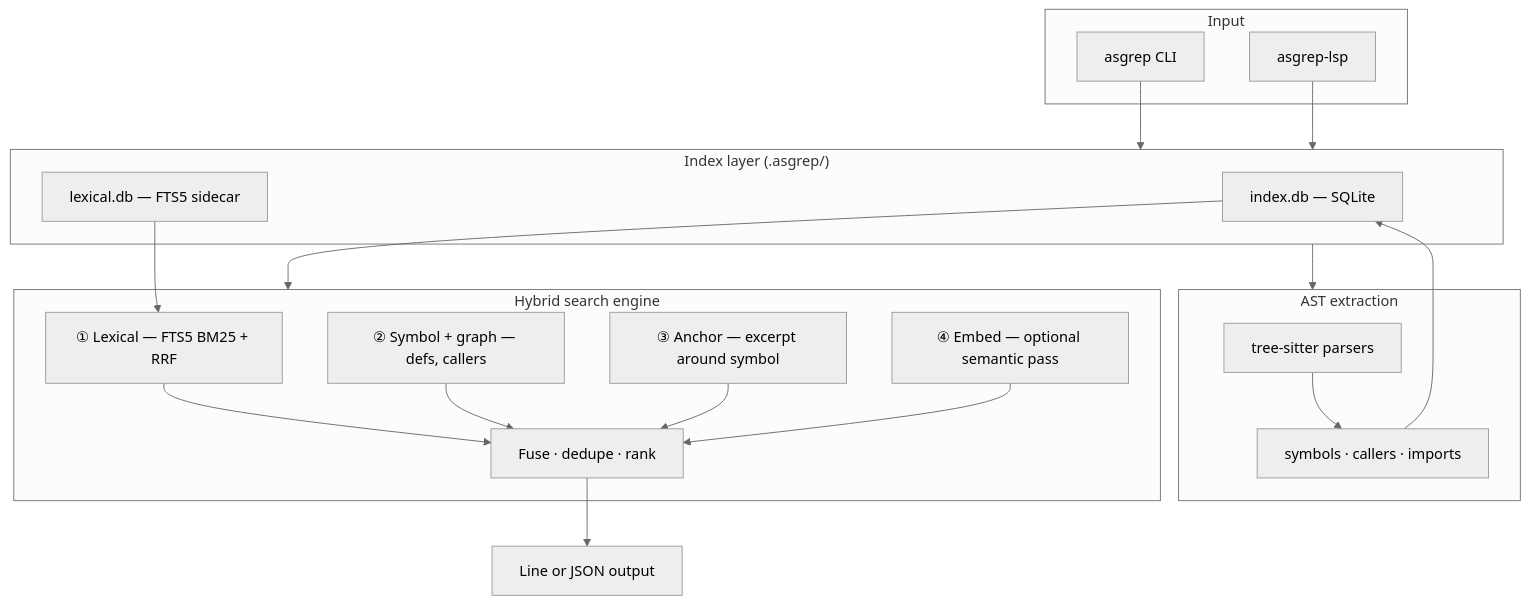
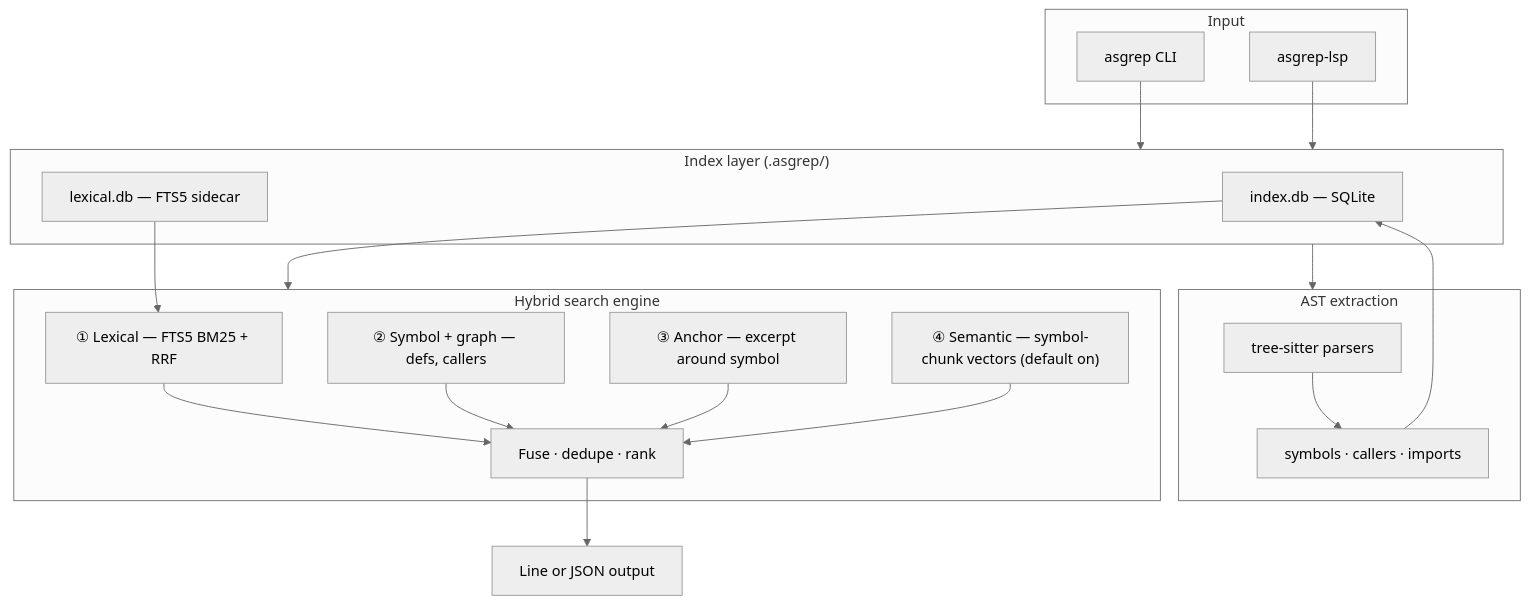
One commit to AdityaVG13/ast-sgrep changed the first of 2 diagrams in README.md. Above: the diagram before and after it, drawn with Mermaid (neutral theme). The commit also changed other lines of this file and 17 other files, not shown here.

First line of the commit message:
feat: world-class semantic layer — symbol chunks, concept expansion, default on

````diff
--- a/README.md
+++ b/README.md
@@ -55,38 +55,38 @@
 ```mermaid
 flowchart TB
     subgraph Input
         CLI["asgrep CLI"]
         LSP["asgrep-lsp"]
     end
 
     subgraph Index["Index layer (.asgrep/)"]
         DB["index.db — SQLite"]
         LEX["lexical.db — FTS5 sidecar"]
     end
 
     subgraph Parse["AST extraction"]
         TS["tree-sitter parsers"]
         SYM["symbols · callers · imports"]
     end
 
     subgraph Search["Hybrid search engine"]
         L1["① Lexical — FTS5 BM25 + RRF"]
         L2["② Symbol + graph — defs, callers"]
         L3["③ Anchor — excerpt around symbol"]
-        L4["④ Embed — optional semantic pass"]
+        L4["④ Semantic — symbol-chunk vectors (default on)"]
         RANK["Fuse · dedupe · rank"]
     end
 
     CLI --> Index
     LSP --> Index
     Index --> Parse
     TS --> SYM
     SYM --> DB
     DB --> Search
     LEX --> L1
     L1 --> RANK
     L2 --> RANK
     L3 --> RANK
     L4 --> RANK
     RANK --> OUT["Line or JSON output"]
 ```
````
